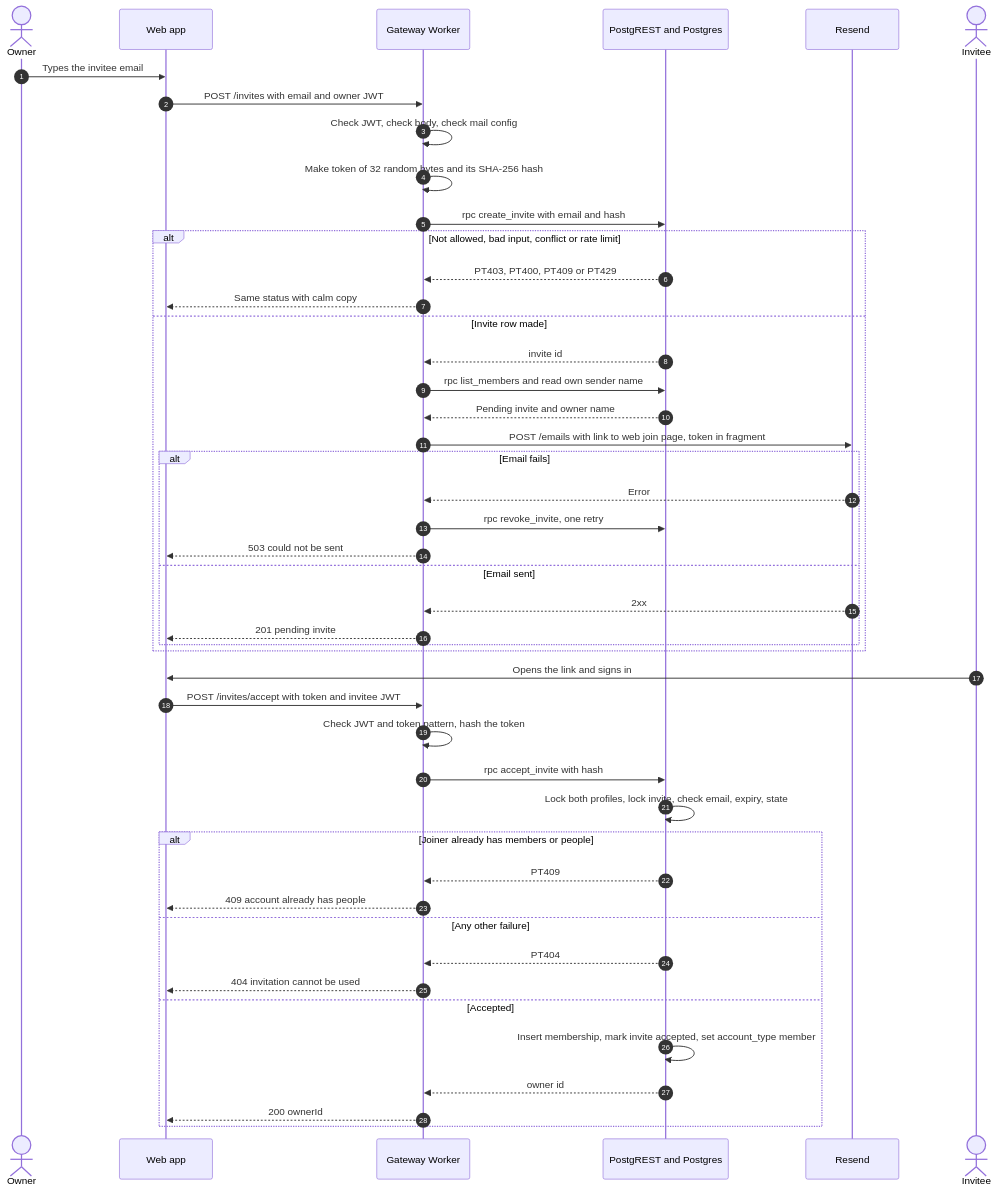
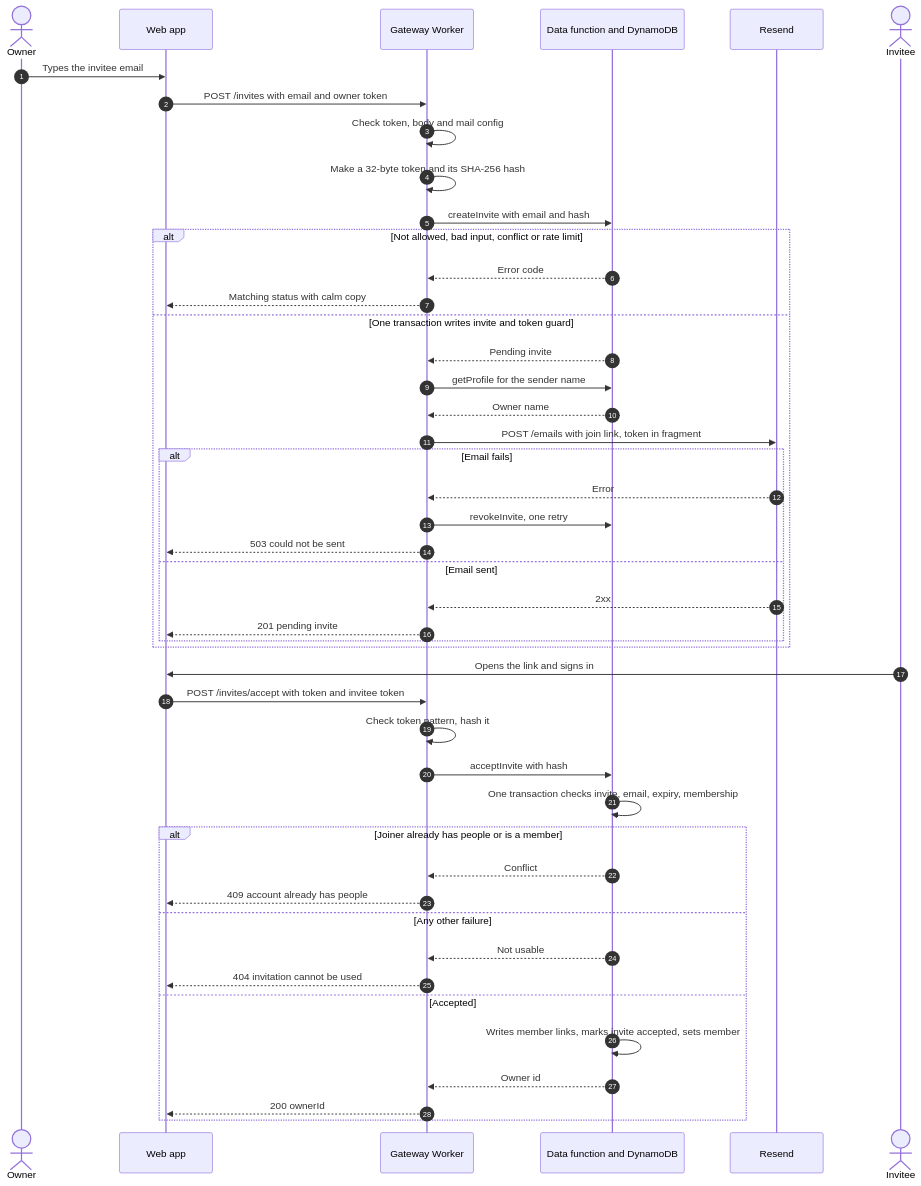
Before and after one commit to grieverguidetech/griever-guidance: the fourth of 8 diagrams in docs/backend-services.md, drawn with Mermaid. The commit also changed other lines of this file, not shown here.

Commit message:
docs: redraw backend-services diagrams for the AWS backend (#911)

````diff
--- a/docs/backend-services.md
+++ b/docs/backend-services.md
@@ -538,50 +457,50 @@
 ```mermaid
 sequenceDiagram
   autonumber
   actor O as Owner
   participant W as Web app
   participant G as Gateway Worker
-  participant R as PostgREST and Postgres
+  participant D as Data function and DynamoDB
   participant RS as Resend
   actor M as Invitee
 
   O->>W: Types the invitee email
-  W->>G: POST /invites with email and owner JWT
-  G->>G: Check JWT, check body, check mail config
-  G->>G: Make token of 32 random bytes and its SHA-256 hash
-  G->>R: rpc create_invite with email and hash
+  W->>G: POST /invites with email and owner token
+  G->>G: Check token, body and mail config
+  G->>G: Make a 32-byte token and its SHA-256 hash
+  G->>D: createInvite with email and hash
   alt Not allowed, bad input, conflict or rate limit
-    R-->>G: PT403, PT400, PT409 or PT429
-    G-->>W: Same status with calm copy
-  else Invite row made
-    R-->>G: invite id
-    G->>R: rpc list_members and read own sender name
-    R-->>G: Pending invite and owner name
-    G->>RS: POST /emails with link to web join page, token in fragment
+    D-->>G: Error code
+    G-->>W: Matching status with calm copy
+  else One transaction writes invite and token guard
+    D-->>G: Pending invite
+    G->>D: getProfile for the sender name
+    D-->>G: Owner name
+    G->>RS: POST /emails with join link, token in fragment
     alt Email fails
       RS-->>G: Error
-      G->>R: rpc revoke_invite, one retry
+      G->>D: revokeInvite, one retry
       G-->>W: 503 could not be sent
     else Email sent
       RS-->>G: 2xx
       G-->>W: 201 pending invite
     end
   end
 
   M->>W: Opens the link and signs in
-  W->>G: POST /invites/accept with token and invitee JWT
-  G->>G: Check JWT and token pattern, hash the token
-  G->>R: rpc accept_invite with hash
-  R->>R: Lock both profiles, lock invite, check email, expiry, state
-  alt Joiner already has members or people
-    R-->>G: PT409
+  W->>G: POST /invites/accept with token and invitee token
+  G->>G: Check token pattern, hash it
+  G->>D: acceptInvite with hash
+  D->>D: One transaction checks invite, email, expiry, membership
+  alt Joiner already has people or is a member
+    D-->>G: Conflict
     G-->>W: 409 account already has people
   else Any other failure
-    R-->>G: PT404
+    D-->>G: Not usable
     G-->>W: 404 invitation cannot be used
   else Accepted
-    R->>R: Insert membership, mark invite accepted, set account_type member
-    R-->>G: owner id
+    D->>D: Writes member links, marks invite accepted, sets member
+    D-->>G: Owner id
     G-->>W: 200 ownerId
   end
 ```
````
